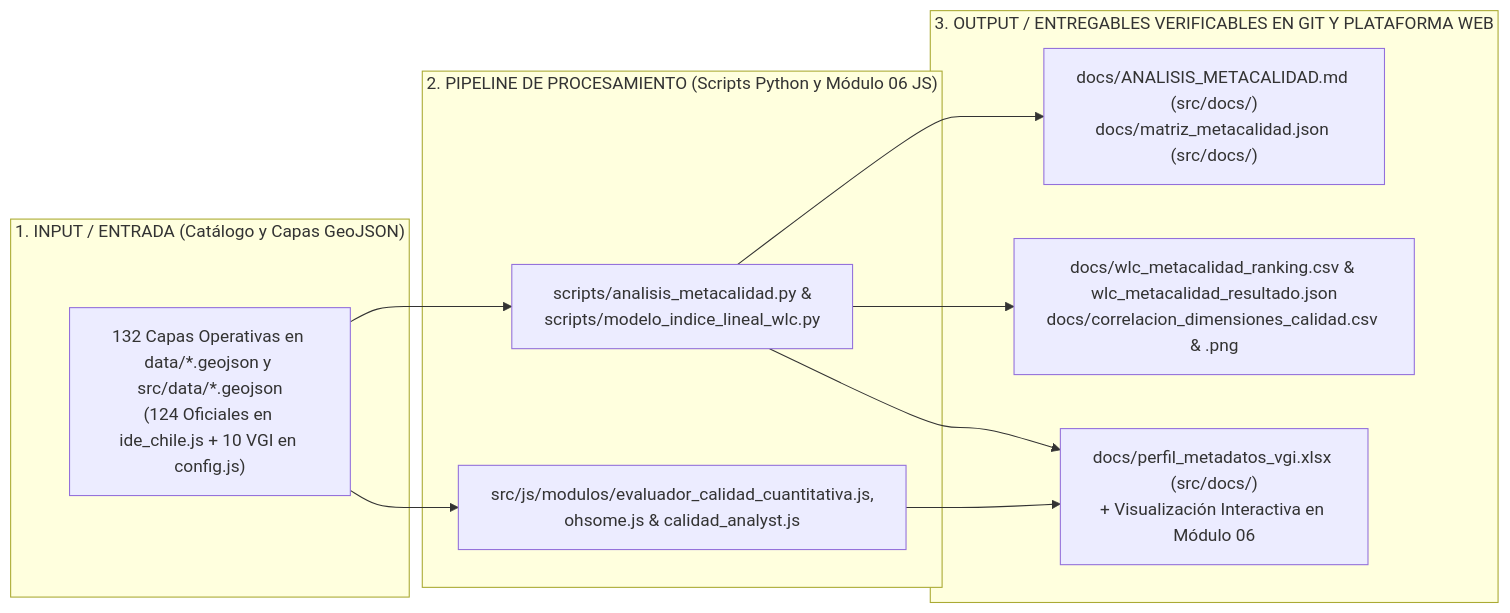
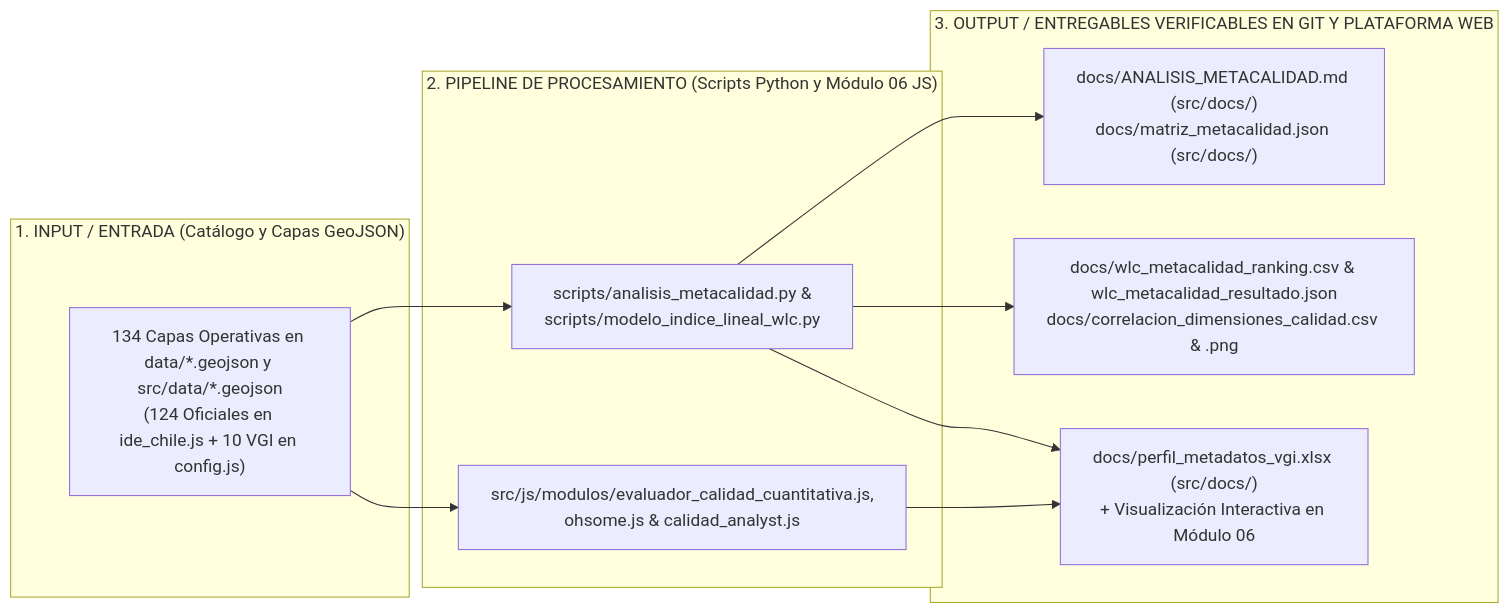
Before and after one commit to GEOJOTA/atlas_vgi_territorial: the first of 5 diagrams in docs/ANALISIS_METACALIDAD.md, drawn with Mermaid. The commit also changed 44 other files, not shown here.

Commit message:
docs: actualizar conteo universal a 134 capas cartograficas (124 oficiales + 10 VGI)

````diff
--- a/docs/ANALISIS_METACALIDAD.md
+++ b/docs/ANALISIS_METACALIDAD.md
@@ -110,18 +110,18 @@
 ```mermaid
 flowchart LR
     subgraph IN["1. INPUT / ENTRADA (Catálogo y Capas GeoJSON)"]
-        I1["132 Capas Operativas en data/*.geojson y src/data/*.geojson<br/>(124 Oficiales en ide_chile.js + 10 VGI en config.js)"]
+        I1["134 Capas Operativas en data/*.geojson y src/data/*.geojson<br/>(124 Oficiales en ide_chile.js + 10 VGI en config.js)"]
     end
     subgraph PROC["2. PIPELINE DE PROCESAMIENTO (Scripts Python y Módulo 06 JS)"]
         P1["scripts/analisis_metacalidad.py &<br/>scripts/modelo_indice_lineal_wlc.py"]
         P2["src/js/modulos/evaluador_calidad_cuantitativa.js,<br/>ohsome.js & calidad_analyst.js"]
     end
     subgraph OUT["3. OUTPUT / ENTREGABLES VERIFICABLES EN GIT Y PLATAFORMA WEB"]
         O1["docs/ANALISIS_METACALIDAD.md (src/docs/)<br/>docs/matriz_metacalidad.json (src/docs/)"]
         O2["docs/wlc_metacalidad_ranking.csv & wlc_metacalidad_resultado.json<br/>docs/correlacion_dimensiones_calidad.csv & .png"]
         O3["docs/perfil_metadatos_vgi.xlsx (src/docs/)<br/>+ Visualización Interactiva en Módulo 06"]
     end
     I1 --> P1 & P2
     P1 --> O1 & O2 & O3
     P2 --> O3
 ```
````
